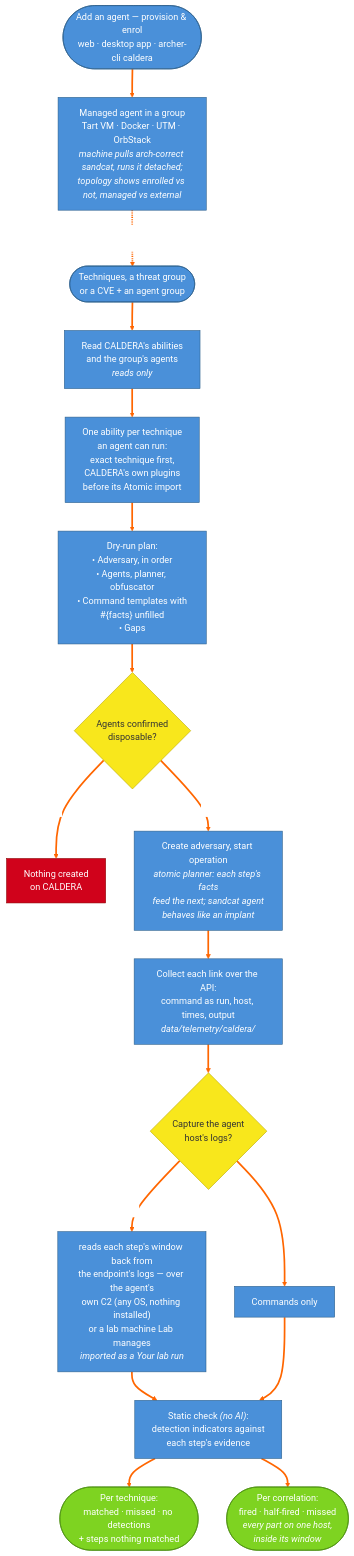
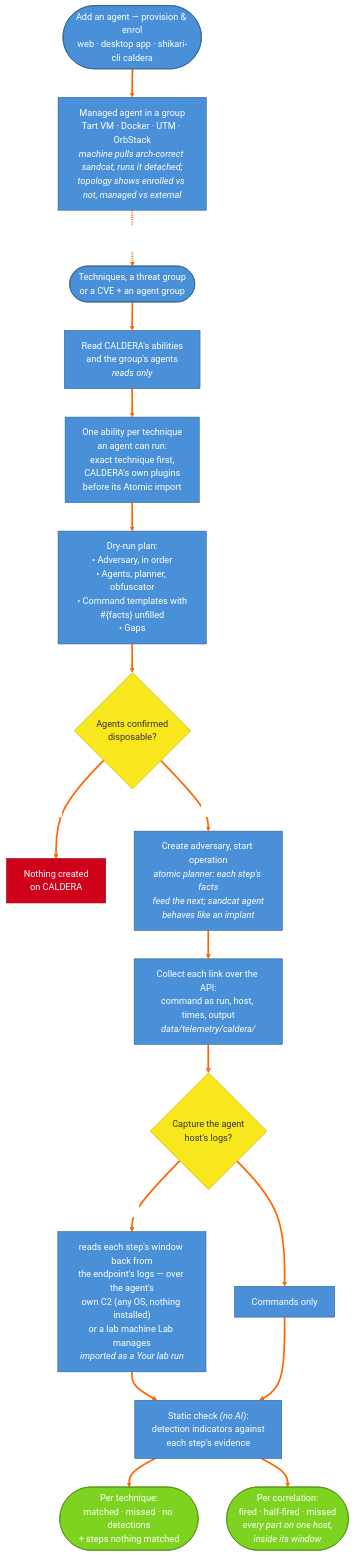
One commit to cmdaltr/shikari changed the diagram in docs/architecture/mermaid/14_11_caldera_workflow_chained_emulation.md. Above: the diagram before and after it, drawn with Mermaid. The commit also changed other lines of this file and 1000 other files, not shown here.

First line of the commit message:
refactor(brand): rename archer -> shikari and rebrand the UI

````diff
--- a/docs/architecture/mermaid/14_11_caldera_workflow_chained_emulation.md
+++ b/docs/architecture/mermaid/14_11_caldera_workflow_chained_emulation.md
@@ -5,40 +5,40 @@
 ```mermaid
 %%{init: {'theme': 'base', 'themeVariables': {'lineColor': '#ff6600', 'edgeLabelBackground': '#ffffff', 'primaryColor': '#4a90d9', 'primaryTextColor': '#ffffff', 'primaryBorderColor': '#2c5f8a', 'secondaryColor': '#e8e8e8', 'tertiaryColor': '#f5f5f5', 'clusterBkg': '#f0f0f0', 'clusterBorder': '#999999', 'titleColor': '#000000', 'nodeTextColor': '#000000', 'background': '#ffffff'}}}%%
 flowchart TD
-    PROVISION(["Add an agent — provision &amp; enrol<br/>web · desktop app · archer-cli caldera"]) --> AGENTS["Managed agent in a group<br/>Tart VM · Docker · UTM · OrbStack<br/><i>machine pulls arch-correct sandcat, runs it detached;<br/>topology shows enrolled vs not, managed vs external</i>"]
+    PROVISION(["Add an agent — provision &amp; enrol<br/>web · desktop app · shikari-cli caldera"]) --> AGENTS["Managed agent in a group<br/>Tart VM · Docker · UTM · OrbStack<br/><i>machine pulls arch-correct sandcat, runs it detached;<br/>topology shows enrolled vs not, managed vs external</i>"]
     AGENTS -.->|"the agents an operation runs on"| TARGET
 
     TARGET(["Techniques, a threat group<br/>or a CVE + an agent group"]) --> READ["Read CALDERA's abilities<br/>and the group's agents<br/><i>reads only</i>"]
 
     READ --> CHOOSE["One ability per technique<br/>an agent can run:<br/>exact technique first,<br/>CALDERA's own plugins<br/>before its Atomic import"]
 
     CHOOSE --> PLAN["Dry-run plan:<br/>• Adversary, in order<br/>• Agents, planner, obfuscator<br/>• Command templates with<br/>#35;{facts} unfilled<br/>• Gaps"]
 
     PLAN --> CONFIRM{"Agents confirmed<br/>disposable?"}
 
     CONFIRM -- "No" --> STOP["Nothing created<br/>on CALDERA"]
     CONFIRM -- "Yes" --> RUN["Create adversary, start operation<br/><i>atomic planner: each step's facts<br/>feed the next; sandcat agent<br/>behaves like an implant</i>"]
 
     RUN --> COLLECT["Collect each link over the API:<br/>command as run, host, times, output<br/><i>data/telemetry/caldera/</i>"]
 
     COLLECT --> CAPTURE{"Capture the agent<br/>host's logs?"}
 
     CAPTURE -- "Yes" --> LOGS["reads each step's window back from<br/>the endpoint's logs — over the agent's<br/>own C2 (any OS, nothing installed)<br/>or a lab machine Lab manages<br/><i>imported as a Your lab run</i>"]
     CAPTURE -- "No" --> CMDS["Commands only"]
 
     LOGS --> CHECK["Static check <i>(no AI)</i>:<br/>detection indicators against<br/>each step's evidence"]
     CMDS --> CHECK
 
     CHECK --> TECH(["Per technique:<br/>matched · missed · no detections<br/>+ steps nothing matched"])
     CHECK --> CORR(["Per correlation:<br/>fired · half-fired · missed<br/><i>every part on one host,<br/>inside its window</i>"])
 
     style PROVISION fill:#4a90d9,stroke:#2c5f8a,color:#fff
     style TARGET fill:#4a90d9,stroke:#2c5f8a,color:#fff
     style TECH fill:#7ed321,stroke:#4a8c0f,color:#fff
     style CORR fill:#7ed321,stroke:#4a8c0f,color:#fff
     style STOP fill:#d0021b,stroke:#8b0000,color:#fff
     style CHECK fill:#4a90d9,stroke:#2c5f8a,color:#fff
     style CONFIRM fill:#f8e71c,stroke:#b8a700,color:#333
     style CAPTURE fill:#f8e71c,stroke:#b8a700,color:#333
     linkStyle default stroke:#ff6600,stroke-width:3px
 ```
````
